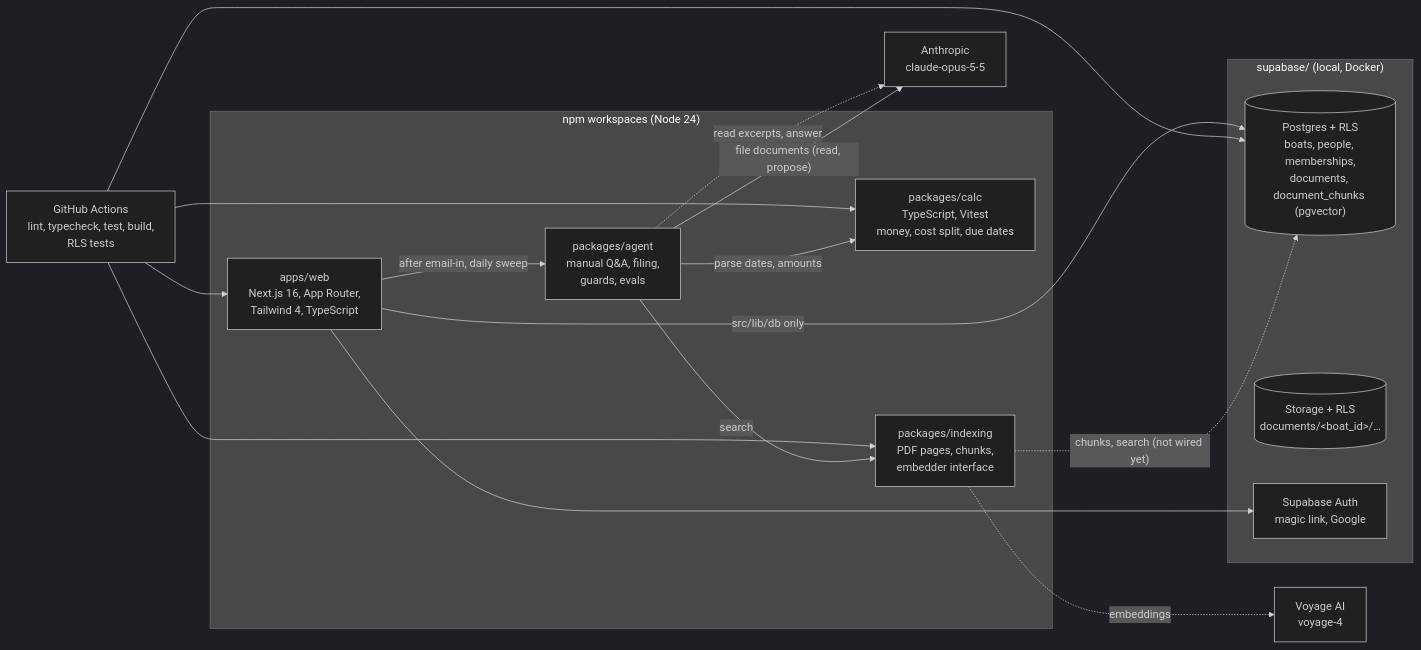
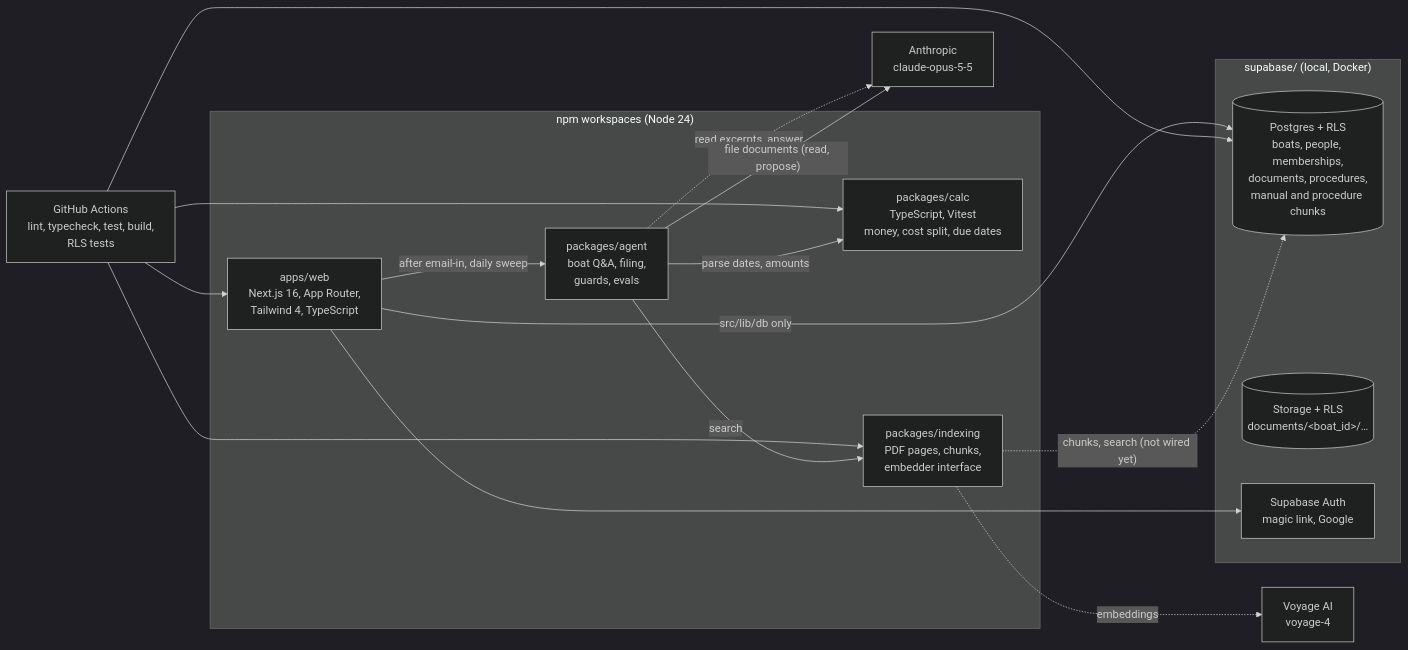
The third of 6 diagrams in docs/architecture.md (heynewton/newton), drawn with Mermaid (dark theme) before and after one commit. The commit also changed other lines of this file and 32 other files, not shown here.

First line of the commit message:
Manage boat procedures and cite them in Q&A (#169)

````diff
--- a/docs/architecture.md
+++ b/docs/architecture.md
@@ -198,28 +204,28 @@
 ```mermaid
 flowchart LR
   subgraph Repo["npm workspaces (Node 24)"]
     Web["apps/web<br/>Next.js 16, App Router,<br/>Tailwind 4, TypeScript"]
     Calc["packages/calc<br/>TypeScript, Vitest<br/>money, cost split, due dates"]
     Indexing["packages/indexing<br/>PDF pages, chunks,<br/>embedder interface"]
-    AgentPkg["packages/agent<br/>manual Q#amp;A, filing,<br/>guards, evals"]
+    AgentPkg["packages/agent<br/>boat Q#amp;A, filing,<br/>guards, evals"]
   end
   subgraph Local["supabase/ (local, Docker)"]
-    DB[("Postgres + RLS<br/>boats, people, memberships,<br/>documents, document_chunks (pgvector)")]
+    DB[("Postgres + RLS<br/>boats, people, memberships,<br/>documents, procedures,<br/>manual and procedure chunks")]
     Files[("Storage + RLS<br/>documents/#lt;boat_id#gt;/…")]
     Auth["Supabase Auth<br/>magic link, Google"]
   end
   Web -->|"src/lib/db only"| DB
   Web --> Auth
   CI["GitHub Actions<br/>lint, typecheck, test, build,<br/>RLS tests"]
   CI --> Web
   CI --> Calc
   CI --> Indexing
   CI --> DB
   Indexing -.->|"chunks, search (not wired yet)"| DB
   Indexing -.->|"embeddings"| Voyage["Voyage AI<br/>voyage-4"]
   AgentPkg -->|"search"| Indexing
   AgentPkg -.->|"read excerpts, answer"| Claude["Anthropic<br/>claude-opus-5-5"]
   AgentPkg -->|"file documents (read, propose)"| Claude
   AgentPkg -->|"parse dates, amounts"| Calc
   Web -->|"after email-in, daily sweep"| AgentPkg
 ```
````
